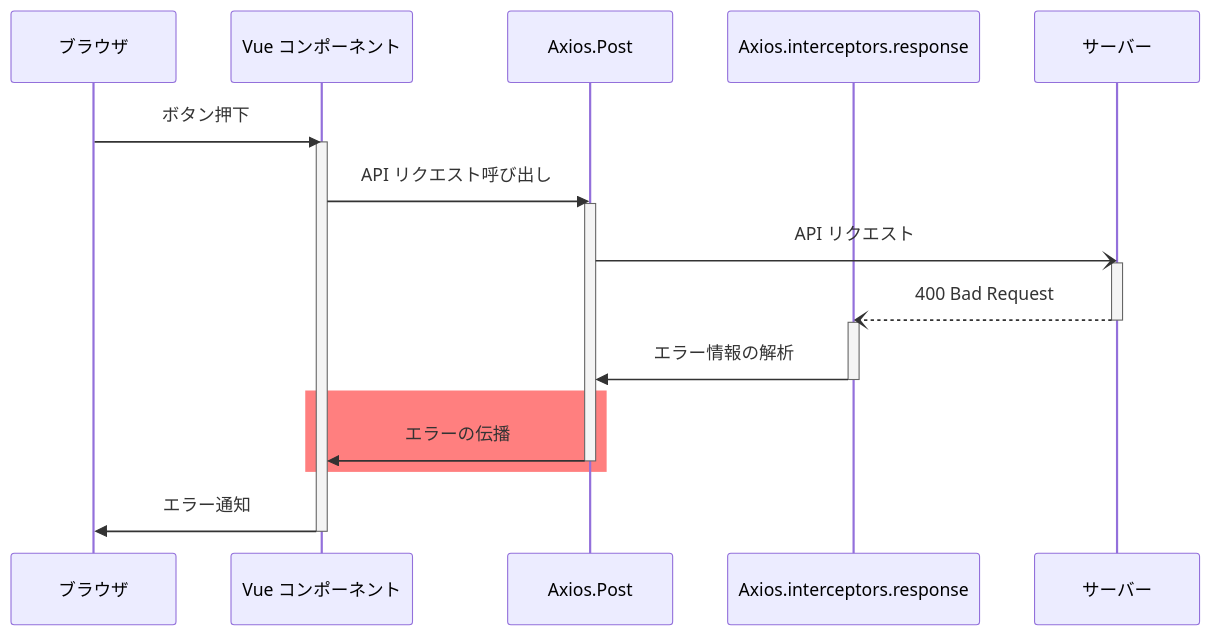
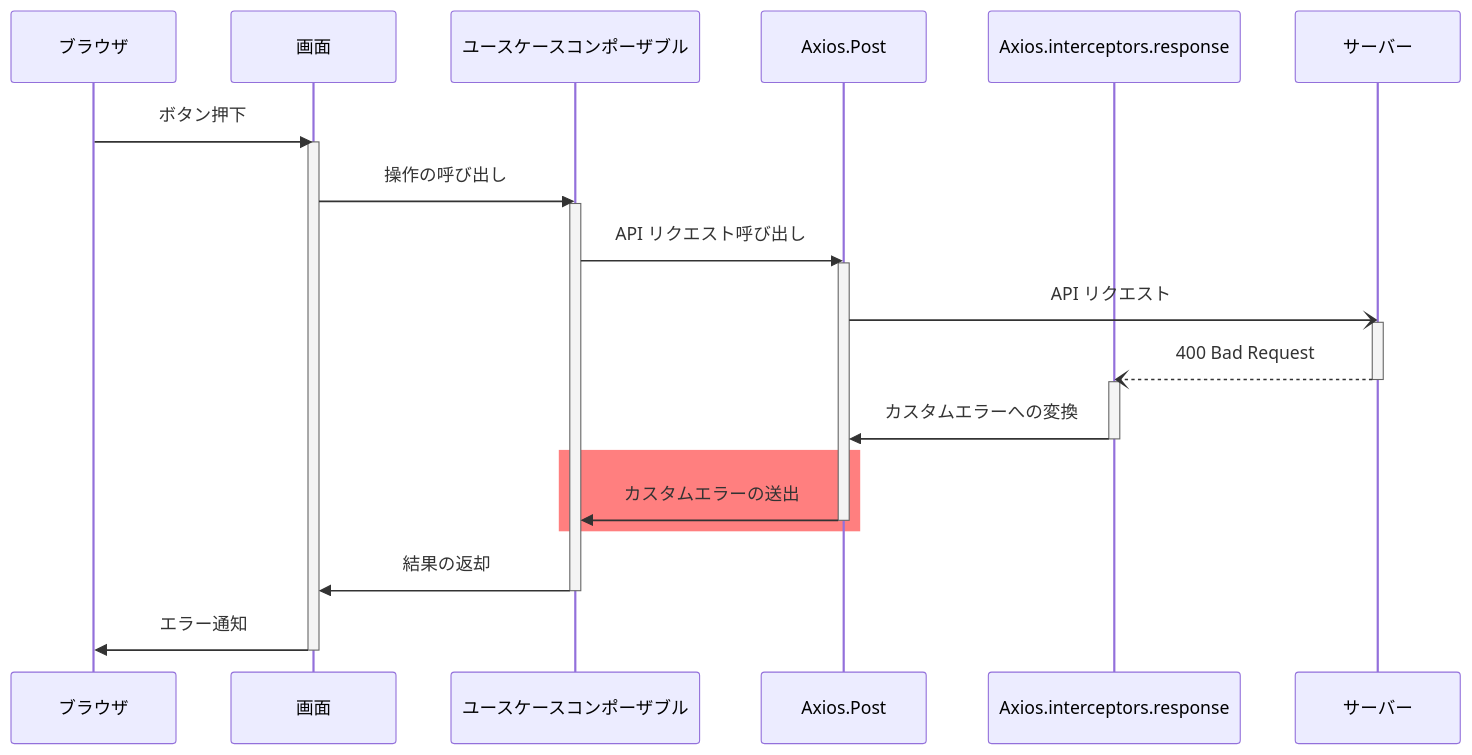
Before and after one commit to AlesInfiny/maia: the diagram in documents/contents/app-architecture/client-side-rendering/global-function/exception-handling.md, drawn with Mermaid. The commit also changed other lines of this file and 9 other files, not shown here.

````diff
--- a/documents/contents/app-architecture/client-side-rendering/global-function/exception-handling.md
+++ b/documents/contents/app-architecture/client-side-rendering/global-function/exception-handling.md
@@ -82,26 +85,31 @@
 ```mermaid
     sequenceDiagram
     participant B as ブラウザ
-    participant C as Vue コンポーネント
+    participant P as 画面
+    participant U as ユースケースコンポーザブル
     participant A as Axios.Post
     participant I as Axios.interceptors.response
     participant S as サーバー
 
-    B->>C: ボタン押下
-    activate C
-    C->>A: API リクエスト呼び出し
+    B->>P: ボタン押下
+    activate P
+    P->>U: 操作の呼び出し
+    activate U
+    U->>A: API リクエスト呼び出し
     activate A
     A-)S: API リクエスト
     activate S
     S--)I: 400 Bad Request
     deactivate S
     activate I
-    I->>A: エラー情報の解析
+    I->>A: カスタムエラーへの変換
     deactivate I
     rect rgba(255, 0, 0, 0.5)
-        A->>C: エラーの伝播
+        A->>U: カスタムエラーの送出
         deactivate A
     end
-    C->>B: エラー通知
-    deactivate C
+    U->>P: 結果の返却
+    deactivate U
+    P->>B: エラー通知
+    deactivate P
 ```
````
